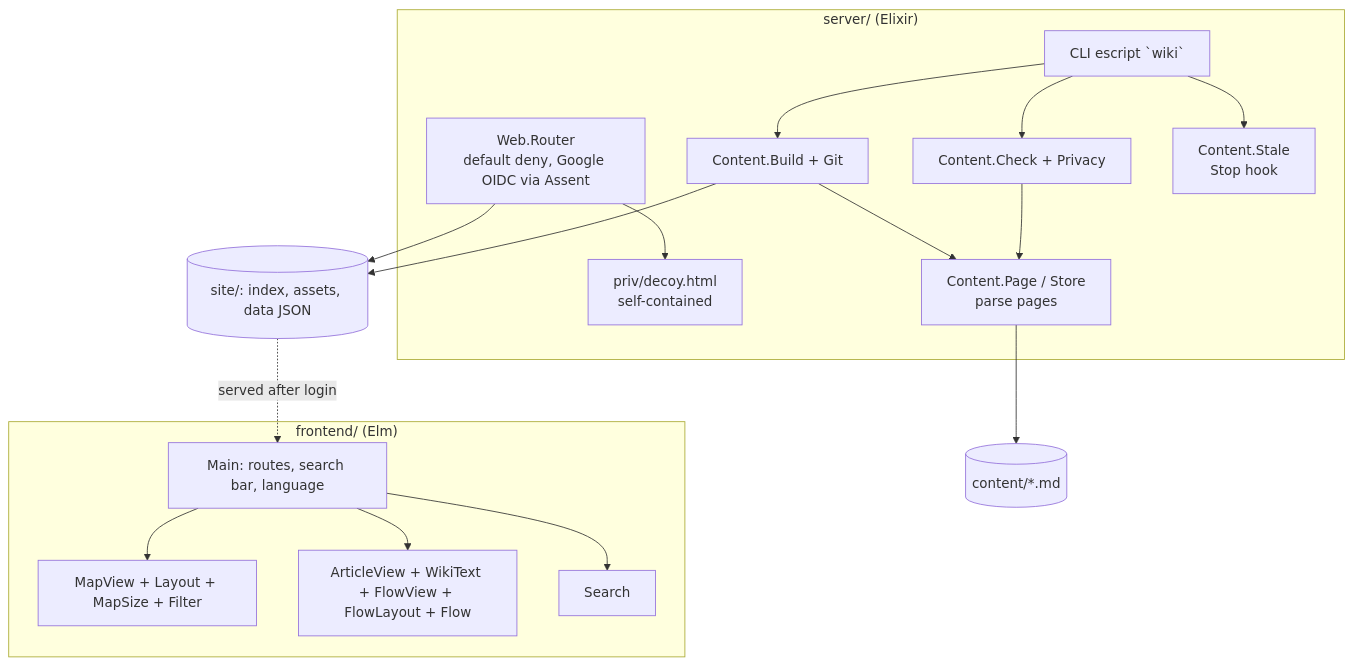
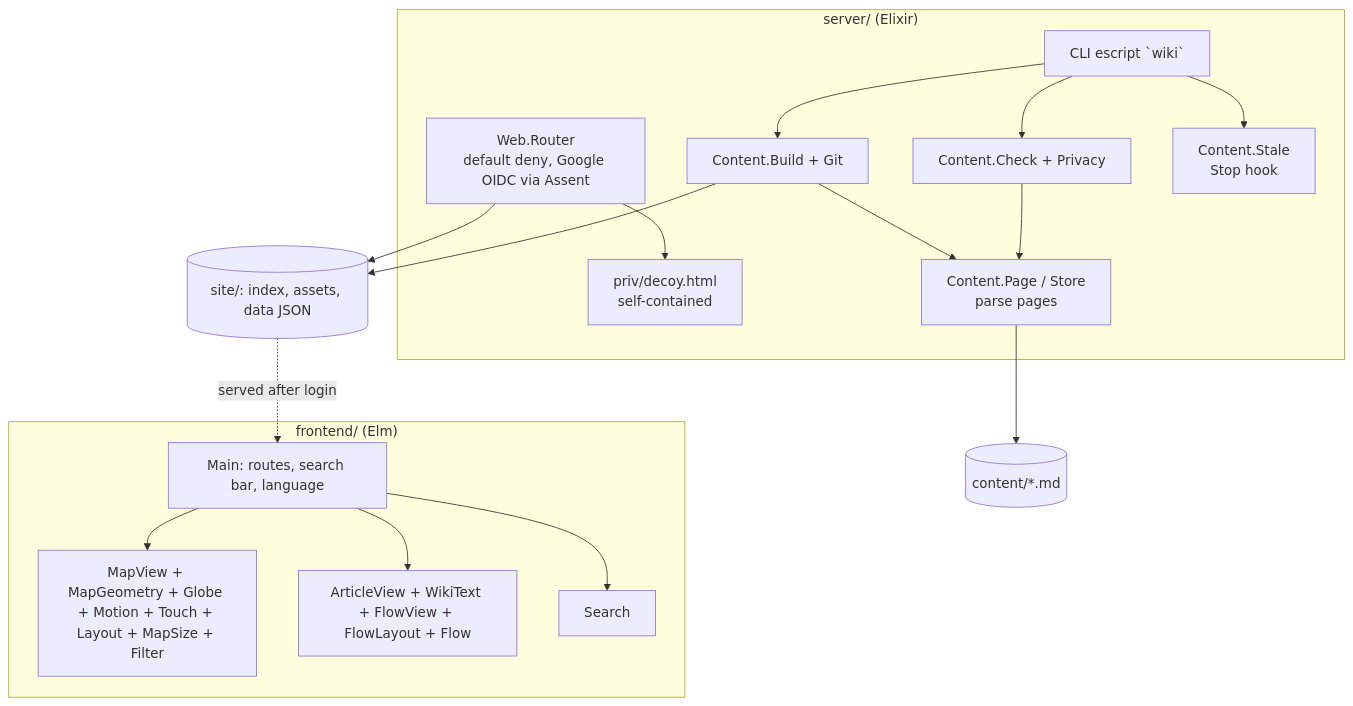
Before and after one commit to yujideluca/wiki: the second of 2 diagrams in DESIGN.md, drawn with Mermaid. The commit also changed other lines of this file and 31 other files, not shown here.

First line of the commit message:
map: one camera on a sphere (Globe) replaces the lens; dots found by maths; springs in one array (ADR-0010)

````diff
--- a/DESIGN.md
+++ b/DESIGN.md
@@ -39,28 +39,28 @@
 ```mermaid
 flowchart TB
     subgraph server["server/ (Elixir)"]
         router[Web.Router<br/>default deny, Google OIDC via Assent]
         decoy[priv/decoy.html<br/>self-contained]
         content[Content.Page / Store<br/>parse pages]
         check[Content.Check + Privacy]
         build[Content.Build + Git]
         stale[Content.Stale<br/>Stop hook]
         cli[CLI escript `wiki`]
     end
     subgraph frontend["frontend/ (Elm)"]
         main[Main: routes, search bar, language]
-        mapv[MapView + Layout + MapSize + Filter]
+        mapv[MapView + MapGeometry + Globe + Motion + Touch + Layout + MapSize + Filter]
         art[ArticleView + WikiText + FlowView + FlowLayout + Flow]
         search[Search]
     end
     pages[(content/*.md)]
     site[(site/: index, assets, data JSON)]
     cli --> check --> content --> pages
     cli --> build --> content
     build --> site
     cli --> stale
     router --> decoy
     router --> site
     main --> mapv & art & search
     site -. served after login .-> main
 ```
````
